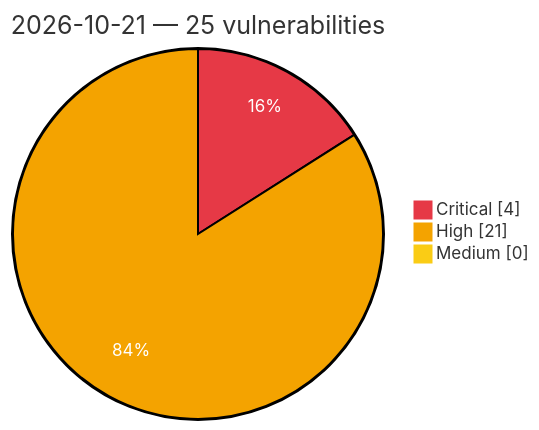
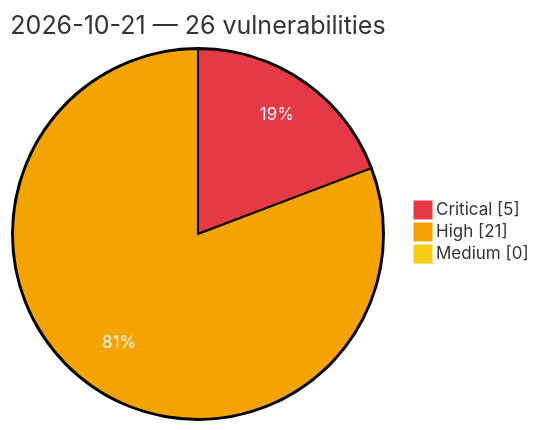
Before and after one commit to GhostX0X/vuln-tracker: the diagram in vulnerabilities/2026/October/2026-10-21.md, drawn with Mermaid. The commit also changed other lines of this file and 5 other files, not shown here.

````diff
--- a/vulnerabilities/2026/October/2026-10-21.md
+++ b/vulnerabilities/2026/October/2026-10-21.md
@@ -3,8 +3,8 @@
 ```mermaid
 %%{init: {'theme':'base', 'themeVariables': {'pie1':'#e63946', 'pie2':'#f4a300', 'pie3':'#facc15', 'pieOpacity':'1', 'pieOuterStrokeWidth':'2px', 'pieSectionTextColor':'#ffffff'}}}%%
 pie showData
-    title 2026-10-21 — 25 vulnerabilities
-    "Critical" : 4
+    title 2026-10-21 — 26 vulnerabilities
+    "Critical" : 5
     "High" : 21
     "Medium" : 0
 ```
````
